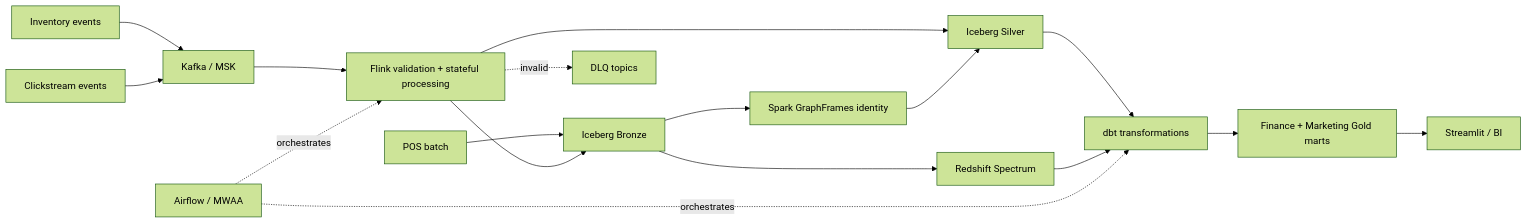
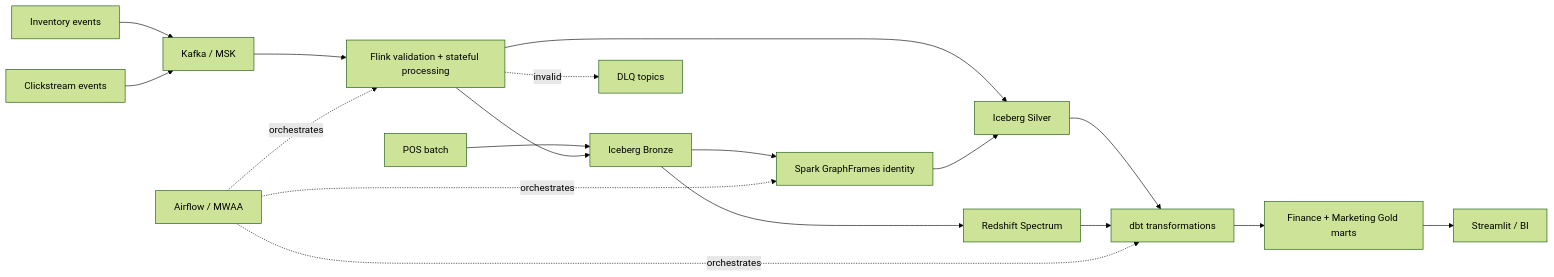
One commit to jerry98s/global_retail_analytics changed the diagram in README.md. Above: the diagram before and after it, drawn with Mermaid (forest theme). The commit also changed other lines of this file, not shown here.

First line of the commit message:
docs(readme): align badges, diagram, and repo map with current pins

````diff
--- a/README.md
+++ b/README.md
@@ -75,19 +76,20 @@
 ```mermaid
 flowchart LR
   POS["POS batch"] --> BRONZE["Iceberg Bronze"]
   INV["Inventory events"] --> KAFKA["Kafka / MSK"]
   CLICK["Clickstream events"] --> KAFKA
   KAFKA --> FLINK["Flink validation + stateful processing"]
   FLINK --> BRONZE
   FLINK --> SILVER["Iceberg Silver"]
   FLINK -. invalid .-> DLQ["DLQ topics"]
   BRONZE --> SPARK["Spark GraphFrames identity"]
   SPARK --> SILVER
   BRONZE --> SPECTRUM["Redshift Spectrum"]
   SILVER --> DBT["dbt transformations"]
   SPECTRUM --> DBT
   DBT --> GOLD["Finance + Marketing Gold marts"]
   GOLD --> DASH["Streamlit / BI"]
   AIRFLOW["Airflow / MWAA"] -. orchestrates .-> FLINK
+  AIRFLOW -. orchestrates .-> SPARK
   AIRFLOW -. orchestrates .-> DBT
 ```
````
